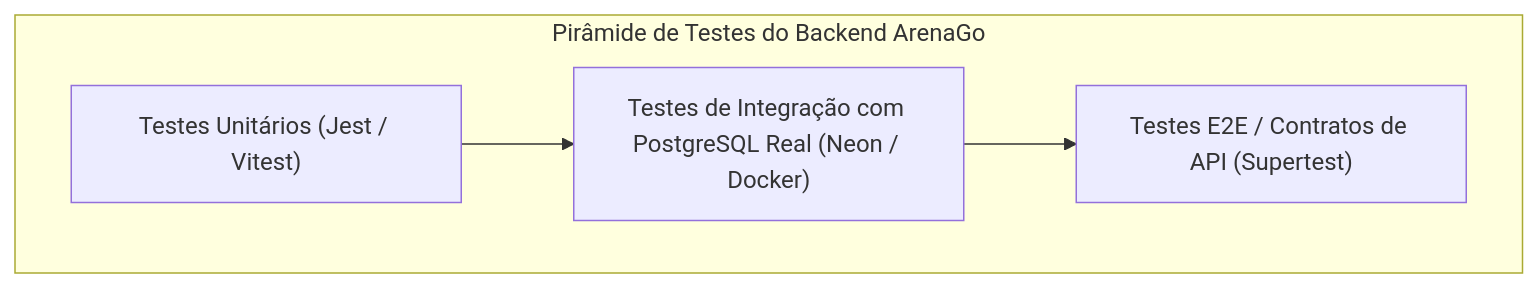
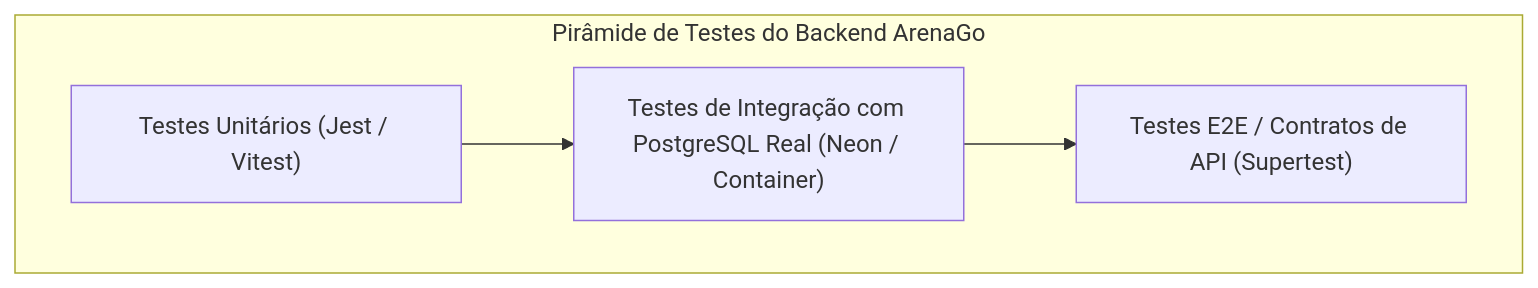
Before and after one commit to JaviDansen/ArenaGo: the sixth of 6 diagrams in docs/task-6.1-arquitetura-backend.md, drawn with Mermaid. The commit also changed other lines of this file, not shown here.

````diff
--- a/docs/task-6.1-arquitetura-backend.md
+++ b/docs/task-6.1-arquitetura-backend.md
@@ -1074,11 +1248,11 @@
 ```mermaid
 graph TD
     subgraph TestPyramid ["Pirâmide de Testes do Backend ArenaGo"]
         E2E["Testes E2E / Contratos de API (Supertest)"]
-        Integration["Testes de Integração com PostgreSQL Real (Neon / Docker)"]
+        Integration["Testes de Integração com PostgreSQL Real (Neon / Container)"]
         Unit["Testes Unitários (Jest / Vitest)"]
     end
-    
+
     Unit --> Integration
     Integration --> E2E
 ```
````
